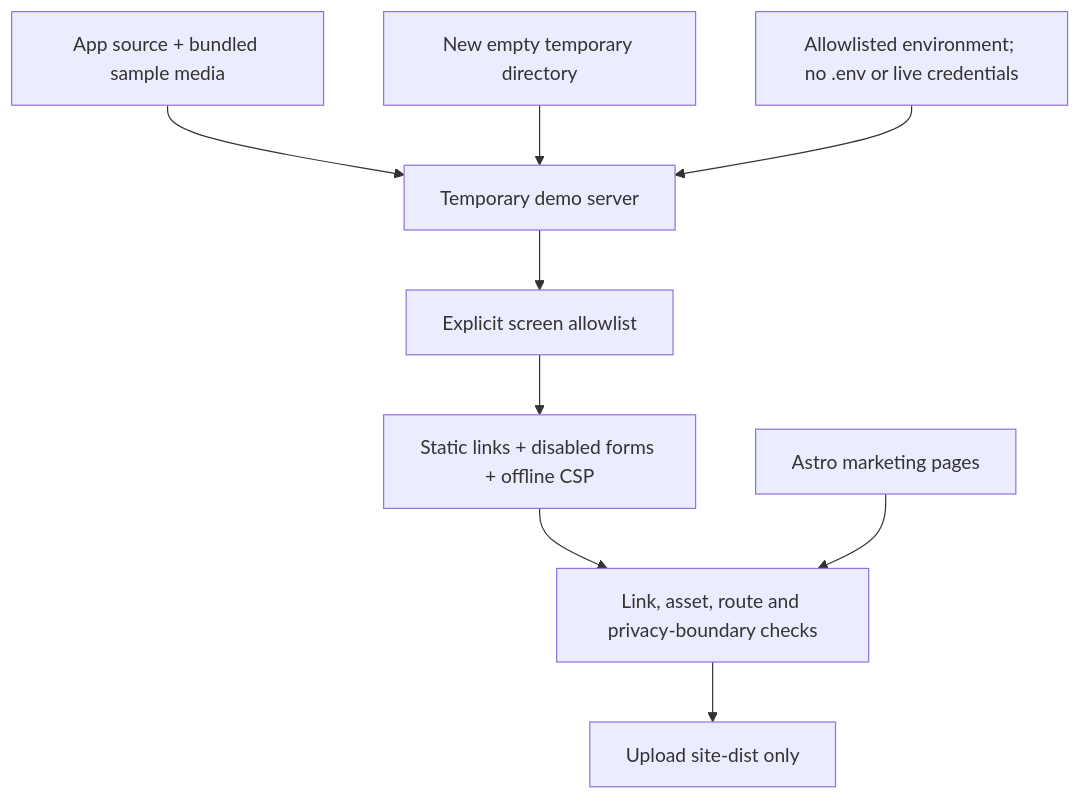
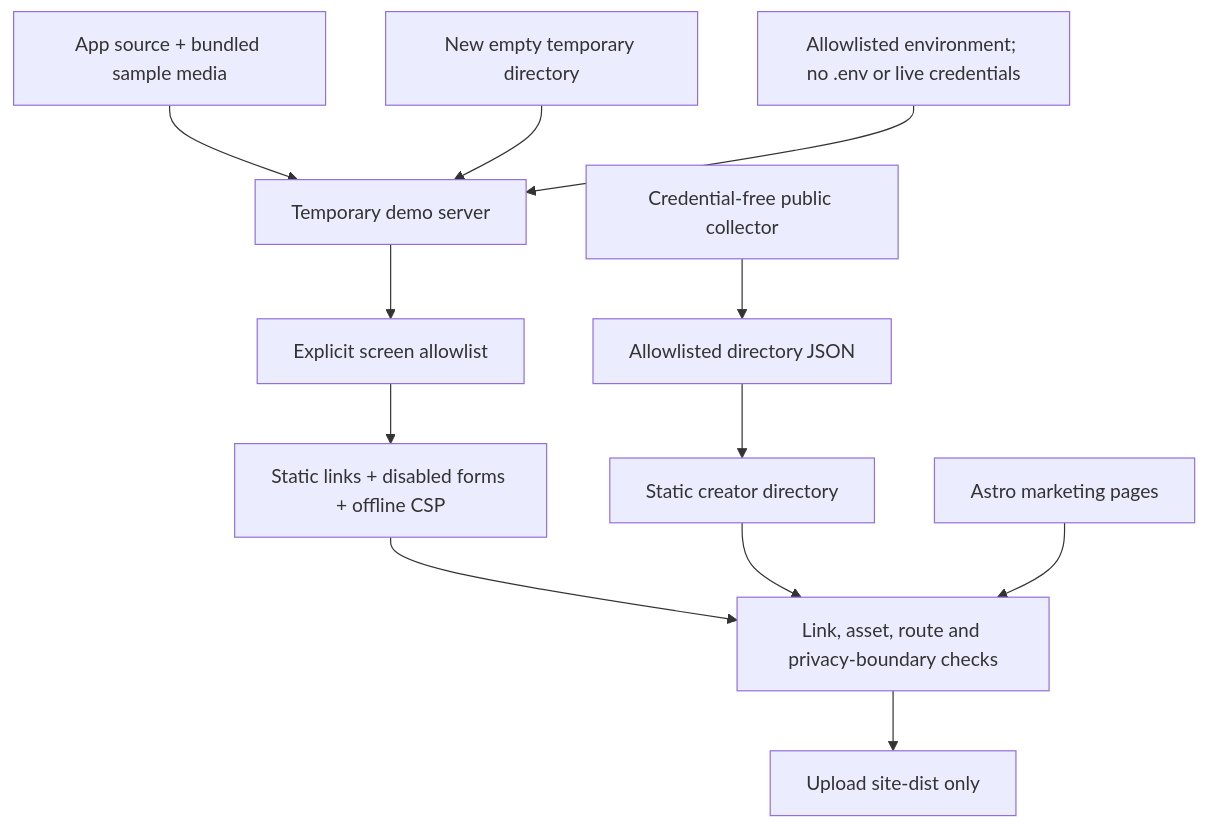
The diagram in docs/github-pages.md (crs48/feedme), drawn with Mermaid before and after one commit. The commit also changed other lines of this file and 9 other files, not shown here.

First line of the commit message:
docs: explain creator directory setup and operational limits

````diff
--- a/docs/github-pages.md
+++ b/docs/github-pages.md
@@ -23,11 +34,14 @@
 ```mermaid
 flowchart TD
   Source[App source + bundled sample media] --> Server[Temporary demo server]
   Empty[New empty temporary directory] --> Server
   Clean[Allowlisted environment; no .env or live credentials] --> Server
   Server --> HTML[Explicit screen allowlist]
   HTML --> Rewrite[Static links + disabled forms + offline CSP]
   Rewrite --> Check[Link, asset, route and privacy-boundary checks]
+  Public[Credential-free public collector] --> Snapshot[Allowlisted directory JSON]
+  Snapshot --> Directory[Static creator directory]
+  Directory --> Check
   Landing[Astro marketing pages] --> Check
   Check --> Publish[Upload site-dist only]
 ```
````
